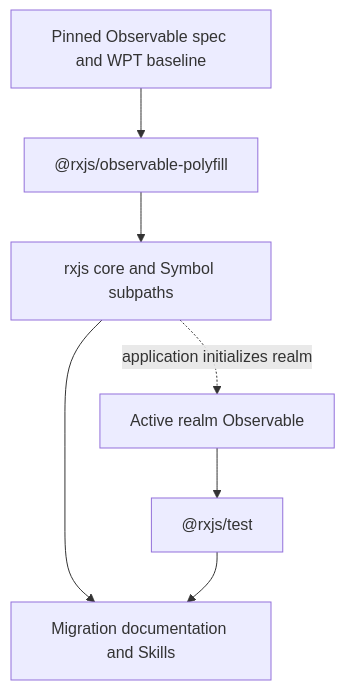
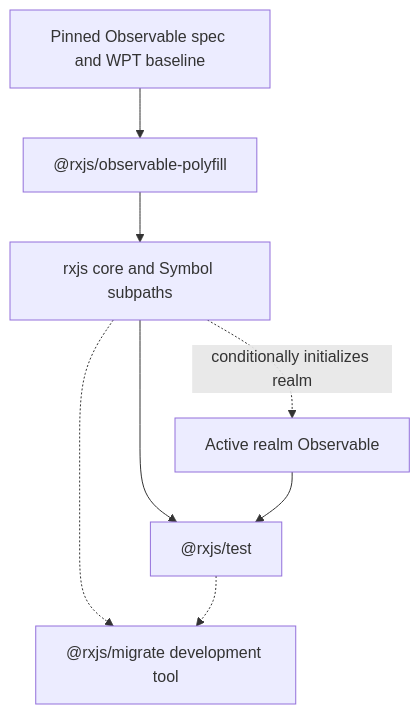
Before and after one commit to ReactiveX/rxjs: the third of 3 diagrams in docs/rxjs-next/ARCHITECTURE.md, drawn with Mermaid. The commit also changed other lines of this file and 367 other files, not shown here.

````diff
--- a/docs/rxjs-next/ARCHITECTURE.md
+++ b/docs/rxjs-next/ARCHITECTURE.md
@@ -849,9 +895,10 @@
 ```mermaid
 flowchart TD
     Standards["Pinned Observable spec and WPT baseline"] --> Polyfill["@rxjs/observable-polyfill"]
     Polyfill --> RxJS["rxjs core and Symbol subpaths"]
+    RxJS --> Test["@rxjs/test"]
     Active["Active realm Observable"] --> Test["@rxjs/test"]
-    RxJS -.->|application initializes realm| Active
-    RxJS --> Migration["Migration documentation and Skills"]
-    Test --> Migration
+    RxJS -.->|conditionally initializes realm| Active
+    RxJS -.-> Migrate["@rxjs/migrate development tool"]
+    Test -.-> Migrate
 ```
````
